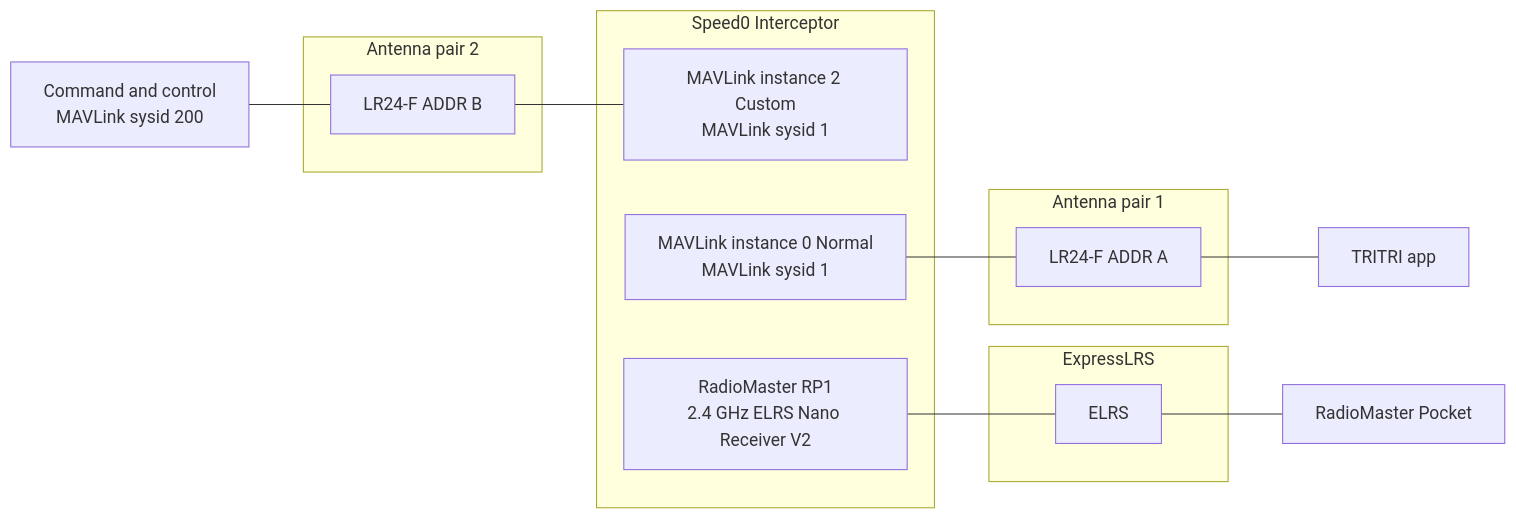
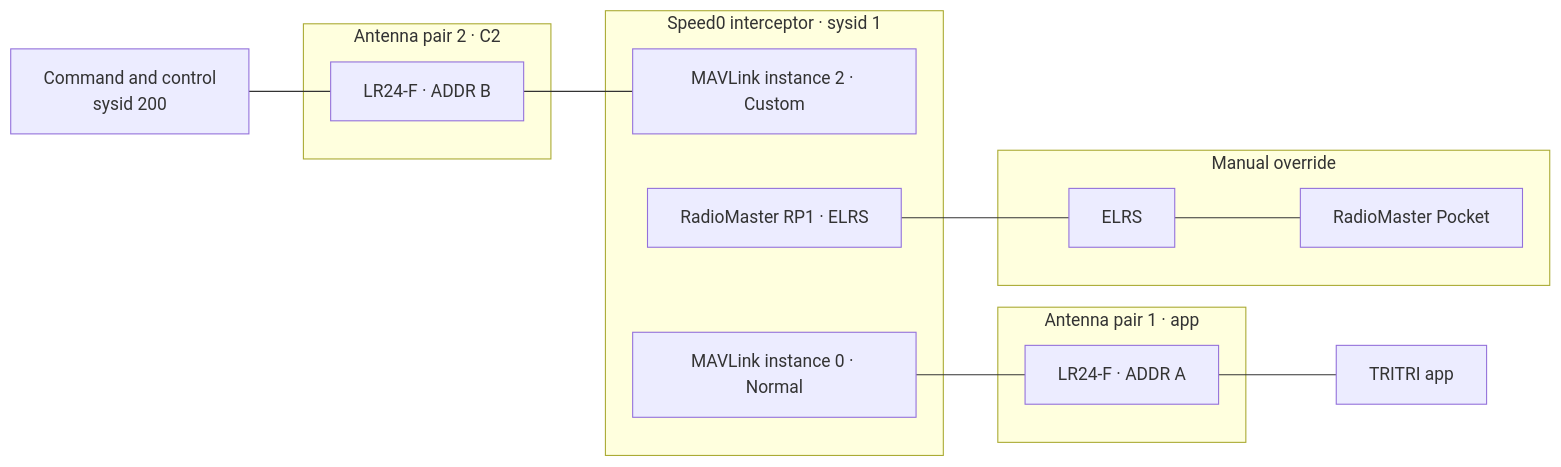
The first of 3 diagrams in docs/C2_INTEGRATION.md (tritrisi/mavlink-tritri), drawn with Mermaid before and after one commit. The commit also changed other lines of this file and 5 other files, not shown here.

First line of the commit message:
docs(c2): simplify architecture and engagement diagrams

````diff
--- a/docs/C2_INTEGRATION.md
+++ b/docs/C2_INTEGRATION.md
@@ -18,33 +18,32 @@
 ```mermaid
 flowchart LR
-  C2["Command and control<br/>MAVLink sysid 200"]
+  C2["Command and control<br/>sysid 200"]
 
-  subgraph pair2["Antenna pair 2"]
-    RC["LR24-F ADDR B"]
+  subgraph pair2["Antenna pair 2 · C2"]
+    RC["LR24-F · ADDR B"]
   end
 
-  subgraph icept["Speed0 Interceptor"]
-    I2["MAVLink instance 2 Custom<br/>MAVLink sysid 1"]
-    I0["MAVLink instance 0 Normal<br/>MAVLink sysid 1"]
-    RX["RadioMaster RP1<br/>2.4 GHz ELRS Nano Receiver V2"]
+  subgraph icept["Speed0 interceptor · sysid 1"]
+    I2["MAVLink instance 2 · Custom"]
+    I0["MAVLink instance 0 · Normal"]
+    RX["RadioMaster RP1 · ELRS"]
   end
 
-  subgraph pair1["Antenna pair 1"]
-    RQ["LR24-F ADDR A"]
+  subgraph pair1["Antenna pair 1 · app"]
+    RQ["LR24-F · ADDR A"]
   end
 
   APP["TRITRI app"]
 
-  subgraph elrs["ExpressLRS"]
+  subgraph elrs["Manual override"]
     E["ELRS"]
+    RM["RadioMaster Pocket"]
   end
-
-  RM["RadioMaster Pocket"]
 
   C2 --- RC
   RC --- I2
   I0 --- RQ
   RQ --- APP
   RX --- E
   E --- RM
 ```
````
